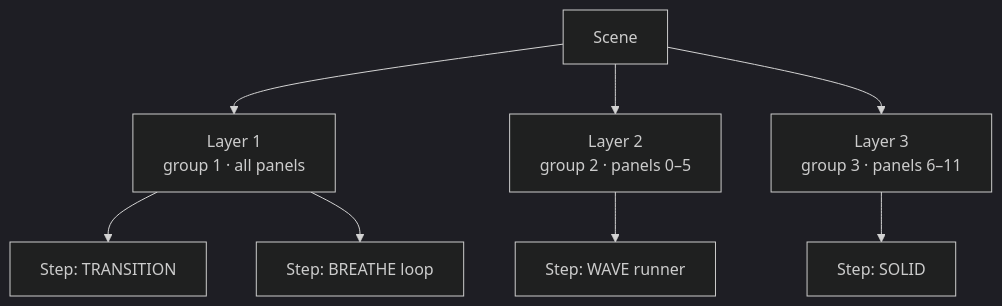
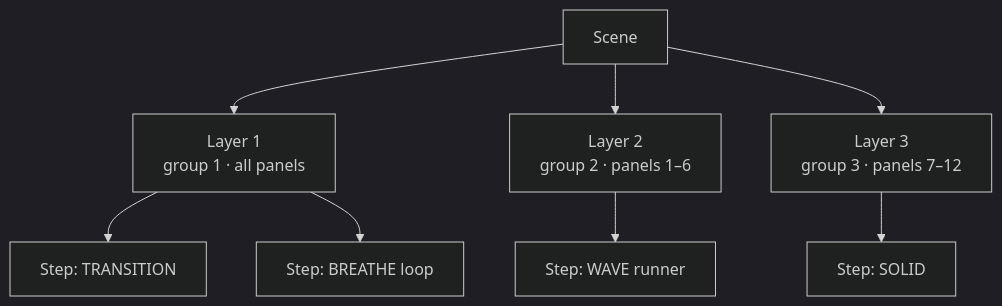
One commit to przemczan/lightnet-firmware changed the first of 2 diagrams in docs/animations/concepts.md. Above: the diagram before and after it, drawn with Mermaid (dark theme). The commit also changed other lines of this file and 11 other files, not shown here.

````diff
--- a/docs/animations/concepts.md
+++ b/docs/animations/concepts.md
@@ -19,10 +19,10 @@
 ```mermaid
 graph TD
   S[Scene] --> L1["Layer 1\ngroup 1 · all panels"]
-  S --> L2["Layer 2\ngroup 2 · panels 0–5"]
-  S --> L3["Layer 3\ngroup 3 · panels 6–11"]
+  S --> L2["Layer 2\ngroup 2 · panels 1–6"]
+  S --> L3["Layer 3\ngroup 3 · panels 7–12"]
   L1 --> S1[Step: TRANSITION]
   L1 --> S2[Step: BREATHE loop]
   L2 --> S3[Step: WAVE runner]
   L3 --> S4[Step: SOLID]
 ```
````
